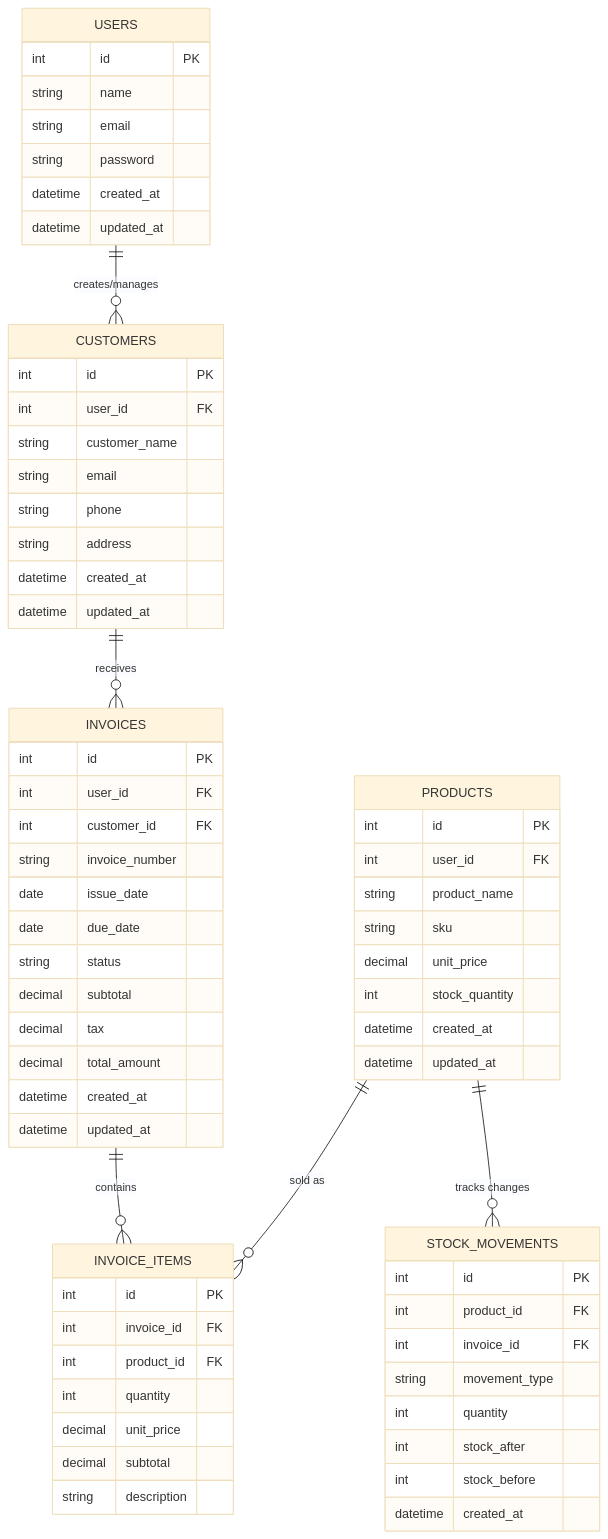
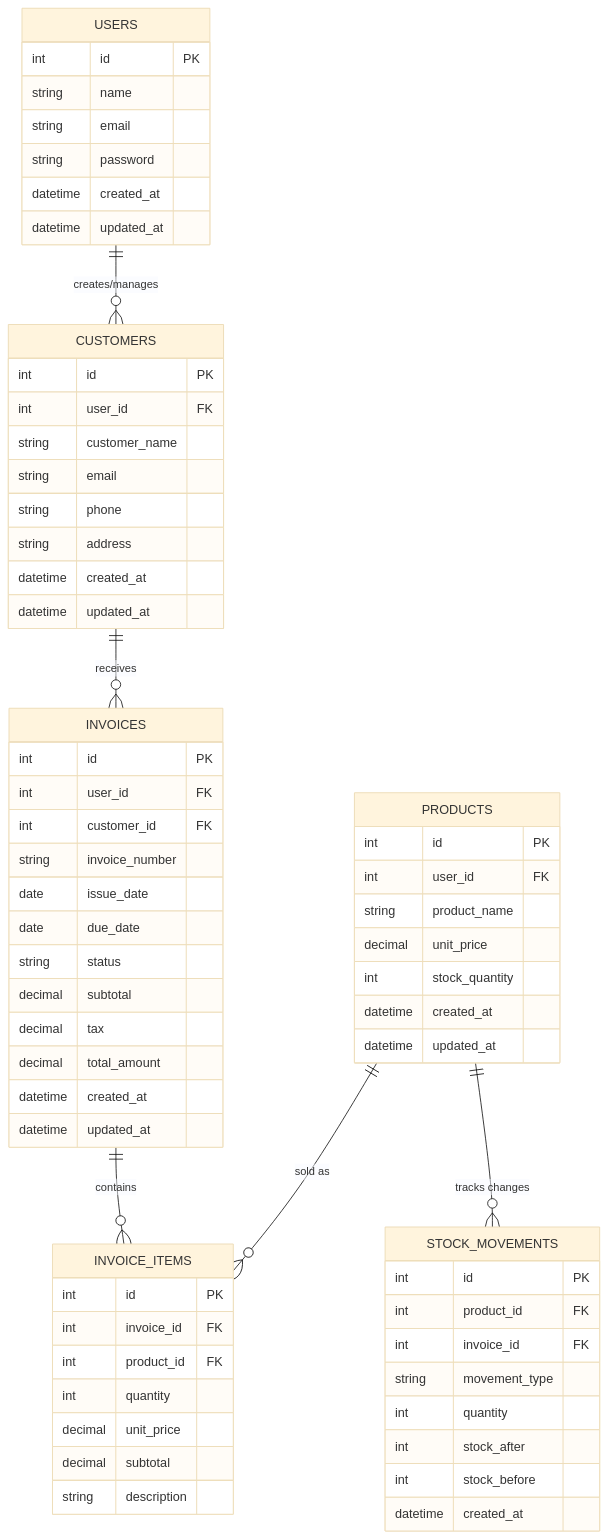
Before and after one commit to Elliot-Adinortey/invoicing-rest-api: the diagram in system-design/3.ERD-DATABASE-DESIGN.MD, drawn with Mermaid (base theme). The commit also changed 1 other file, not shown here.

Commit message:
docs(api): remove sku field from product API documentation and ERD
- Deleted sku bodyParam from create, update, and response schemas in ProductController
- Removed sku column from ERD database design document
- Updated examples and descriptions to exclude sku attribute
- Aligned API docs with current database schema and implementation

````diff
--- a/system-design/3.ERD-DATABASE-DESIGN.MD
+++ b/system-design/3.ERD-DATABASE-DESIGN.MD
@@ -1,75 +1,74 @@
 ```mermaid
 erDiagram
     USERS ||--o{ CUSTOMERS : "creates/manages"
     CUSTOMERS ||--o{ INVOICES : "receives"
     INVOICES ||--o{ INVOICE_ITEMS : "contains"
     PRODUCTS ||--o{ INVOICE_ITEMS : "sold as"
     PRODUCTS ||--o{ STOCK_MOVEMENTS : "tracks changes"
 
     USERS {
         int id PK
         string name
         string email
         string password
         datetime created_at
         datetime updated_at
     }
 
     CUSTOMERS {
         int id PK
         int user_id FK
         string customer_name
         string email
         string phone
         string address
         datetime created_at
         datetime updated_at
     }
 
     PRODUCTS {
         int id PK
         int user_id FK
         string product_name
-        string sku
         decimal unit_price
         int stock_quantity
         datetime created_at
         datetime updated_at
     }
 
     INVOICES {
         int id PK
         int user_id FK
         int customer_id FK
         string invoice_number
         date issue_date
         date due_date
         string status
         decimal subtotal
         decimal tax
         decimal total_amount
         datetime created_at
         datetime updated_at
     }
 
     INVOICE_ITEMS {
         int id PK
         int invoice_id FK
         int product_id FK
         int quantity
         decimal unit_price
         decimal subtotal
         string description
     }
 
     STOCK_MOVEMENTS {
         int id PK
         int product_id FK
         int invoice_id FK
         string movement_type
         int quantity
         int stock_after
         int stock_before
         datetime created_at
     }
 ```
````
